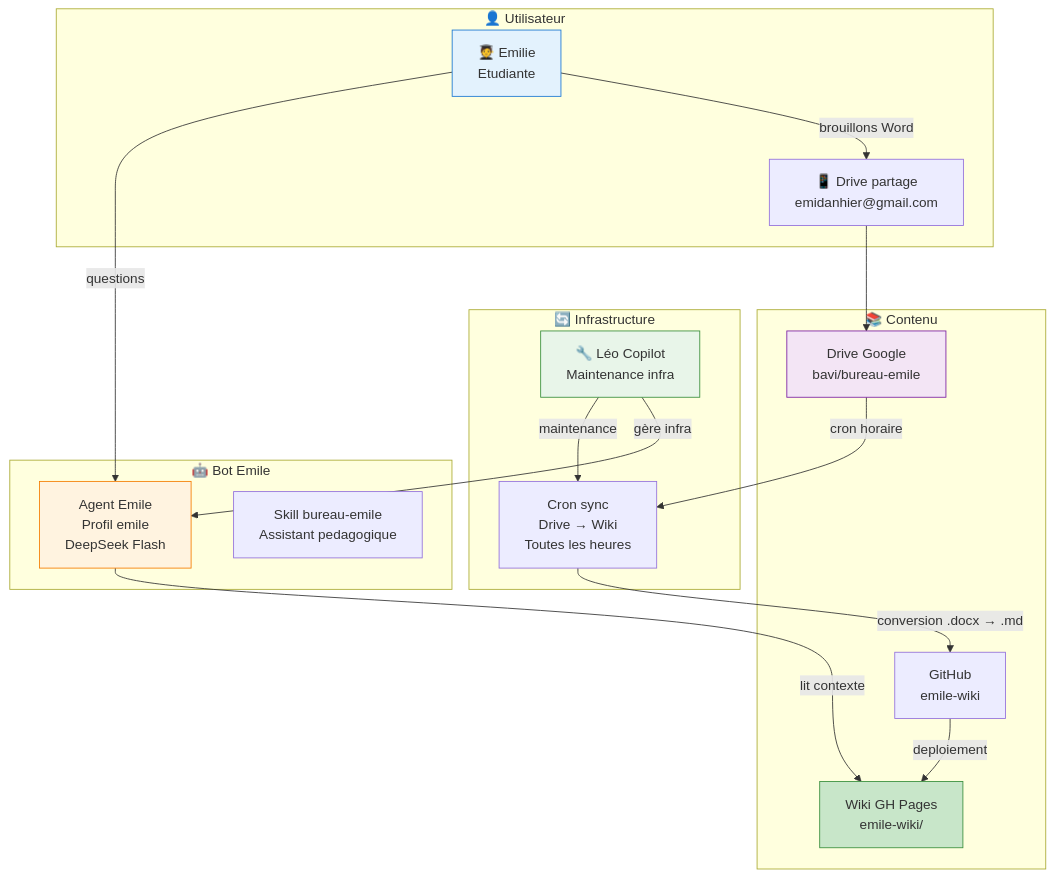
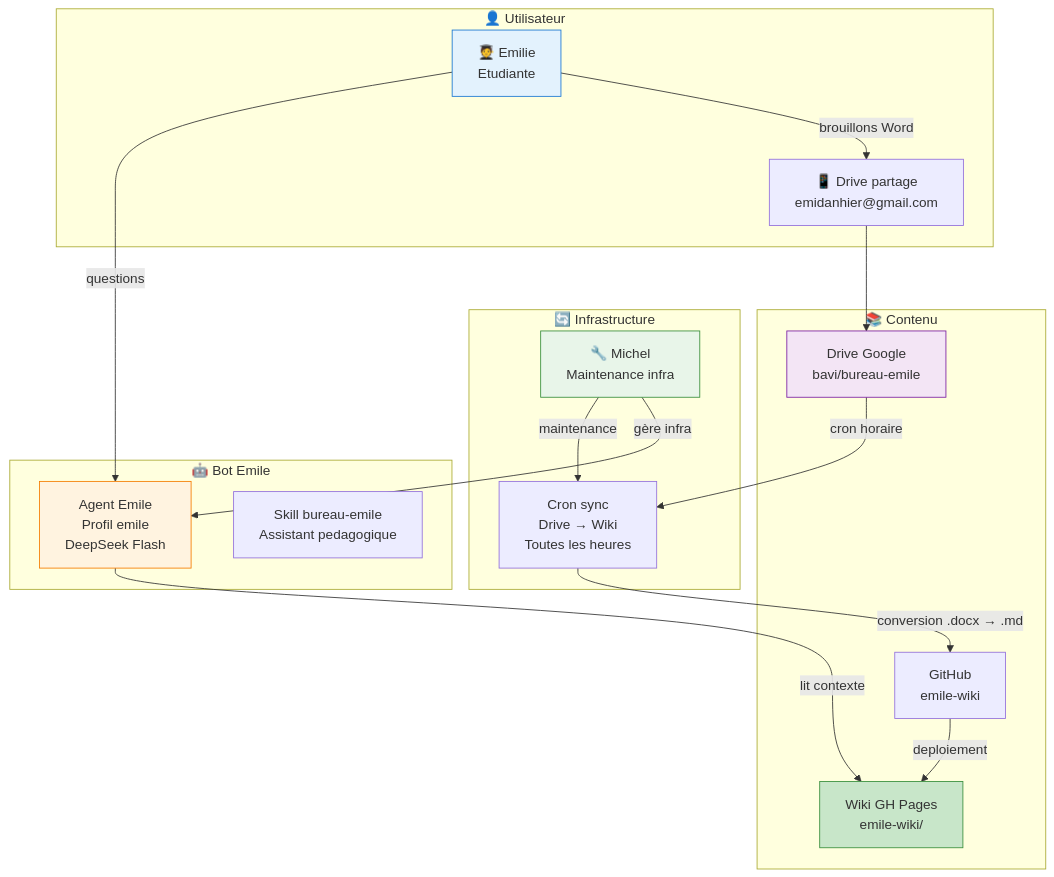
One commit to christophedanhier-hash/BAVI_LEO changed the first of 5 diagrams in docs/wiki/agent-pro/bureau-emile/analyse-bot-emile.md. Above: the diagram before and after it, drawn with Mermaid. The commit also changed other lines of this file and 18 other files, not shown here.

Commit message:
v1d: Nettoyage complet - remplacement Léo Copilot/Copilote → Michel dans tous les docs

````diff
--- a/docs/wiki/agent-pro/bureau-emile/analyse-bot-emile.md
+++ b/docs/wiki/agent-pro/bureau-emile/analyse-bot-emile.md
@@ -61,39 +61,39 @@
 ```mermaid
 graph TB
     subgraph "👤 Utilisateur"
         E[🧑‍🎓 Emilie<br/>Etudiante]
         D[📱 Drive partage<br/>emidanhier@gmail.com]
     end
 
     subgraph "🤖 Bot Emile"
         BE[Agent Emile<br/>Profil emile<br/>DeepSeek Flash]
         SK[Skill bureau-emile<br/>Assistant pedagogique]
     end
 
     subgraph "🔄 Infrastructure"
         CS[Cron sync<br/>Drive → Wiki<br/>Toutes les heures]
-        LC[🔧 Léo Copilot<br/>Maintenance infra]
+        LC[🔧 Michel<br/>Maintenance infra]
     end
 
     subgraph "📚 Contenu"
         DRV[Drive Google<br/>bavi/bureau-emile]
         GH[GitHub<br/>emile-wiki]
         WP[Wiki GH Pages<br/>emile-wiki/]
     end
 
     E -->|questions| BE
     E -->|brouillons Word| D
     D --> DRV
     DRV -->|cron horaire| CS
     CS -->|conversion .docx → .md| GH
     GH -->|deploiement| WP
     BE -->|lit contexte| WP
     LC -->|maintenance| CS
     LC -->|gère infra| BE
 
     style E fill:#e3f2fd,stroke:#1976d2
     style BE fill:#fff3e0,stroke:#f57c00
     style DRV fill:#f3e5f5,stroke:#7b1fa2
     style WP fill:#c8e6c9,stroke:#388e3c
     style LC fill:#e8f5e9,stroke:#388e3c
 ```
````
